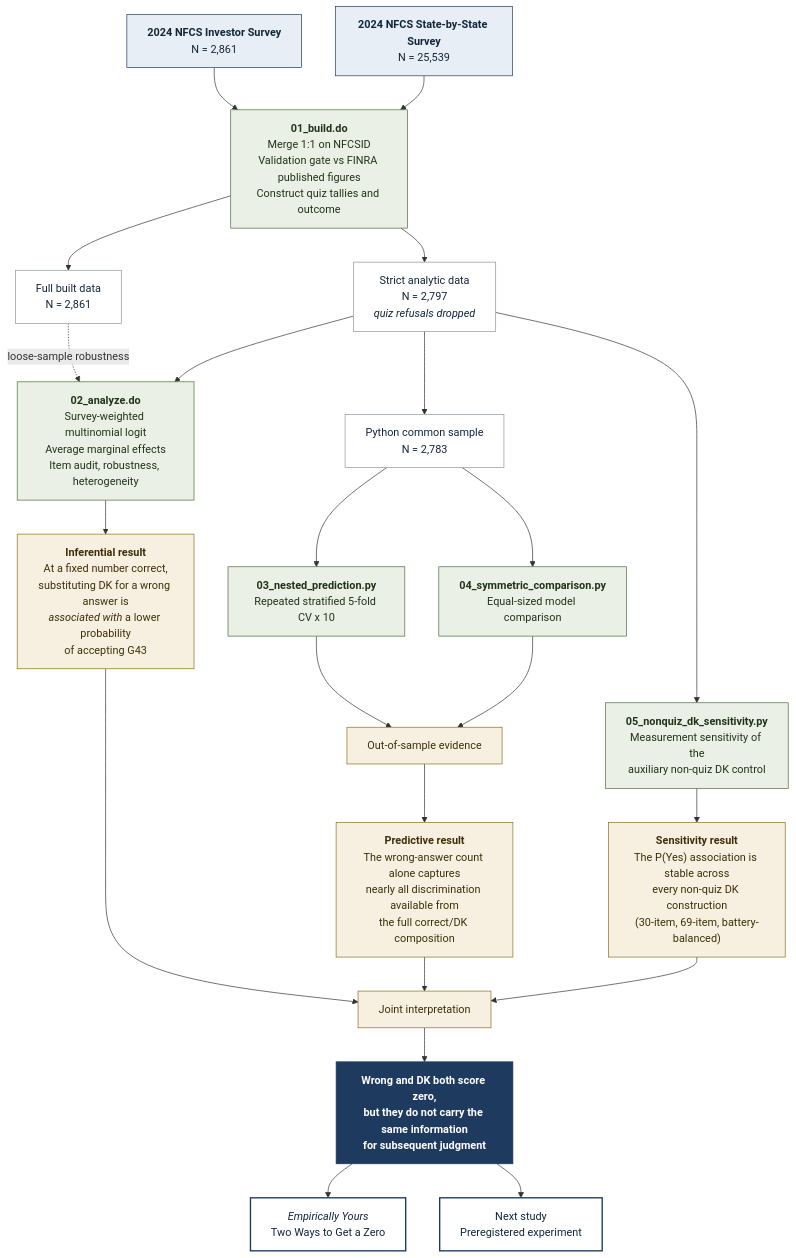
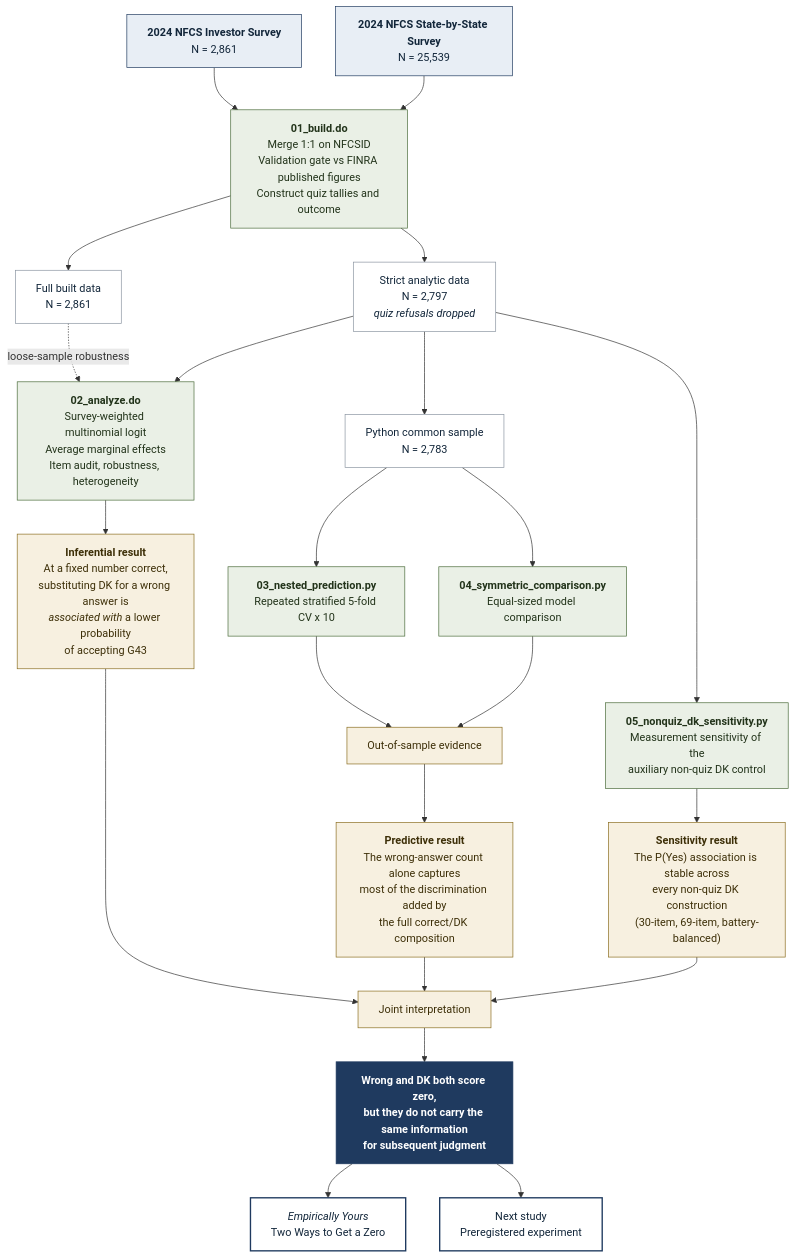
One commit to household-finance-lab/project-01 changed the diagram in README.md. Above: the diagram before and after it, drawn with Mermaid. The commit also changed other lines of this file and 5 other files, not shown here.

````diff
--- a/README.md
+++ b/README.md
@@ -65,49 +65,49 @@
 ```mermaid
 flowchart TD
     A["<b>2024 NFCS Investor Survey</b><br/>N = 2,861"]
     B["<b>2024 NFCS State-by-State Survey</b><br/>N = 25,539"]
     C["<b>01_build.do</b><br/>Merge 1:1 on NFCSID<br/>Validation gate vs FINRA published figures<br/>Construct quiz tallies and outcome"]
 
     A --> C
     B --> C
 
     C --> D["Full built data<br/>N = 2,861"]
     C --> E["Strict analytic data<br/>N = 2,797<br/><i>quiz refusals dropped</i>"]
 
     D -.->|loose-sample robustness| F
     E --> F["<b>02_analyze.do</b><br/>Survey-weighted multinomial logit<br/>Average marginal effects<br/>Item audit, robustness, heterogeneity"]
     E --> G["Python common sample<br/>N = 2,783"]
     E --> H["<b>05_nonquiz_dk_sensitivity.py</b><br/>Measurement sensitivity of the<br/>auxiliary non-quiz DK control"]
 
     G --> I["<b>03_nested_prediction.py</b><br/>Repeated stratified 5-fold CV x 10"]
     G --> J["<b>04_symmetric_comparison.py</b><br/>Equal-sized model comparison"]
 
     F --> K["<b>Inferential result</b><br/>At a fixed number correct,<br/>substituting DK for a wrong answer is<br/><i>associated with</i> a lower probability<br/>of accepting G43"]
     I --> L["Out-of-sample evidence"]
     J --> L
-    L --> M["<b>Predictive result</b><br/>The wrong-answer count alone captures<br/>nearly all discrimination available from<br/>the full correct/DK composition"]
+    L --> M["<b>Predictive result</b><br/>The wrong-answer count alone captures<br/>most of the discrimination added by<br/>the full correct/DK composition"]
     H --> N["<b>Sensitivity result</b><br/>The P(Yes) association is stable across<br/>every non-quiz DK construction<br/>(30-item, 69-item, battery-balanced)"]
 
     K --> O["Joint interpretation"]
     M --> O
     N --> O
 
     O --> P["<b>Wrong and DK both score zero,<br/>but they do not carry the same information<br/>for subsequent judgment</b>"]
 
     P --> Q["<i>Empirically Yours</i><br/>Two Ways to Get a Zero"]
     P --> R["Next study<br/>Preregistered experiment"]
 
     classDef source fill:#e8eef5,stroke:#1f3a5f,stroke-width:1px,color:#12263a
     classDef code fill:#eaf0e6,stroke:#4a6b3a,stroke-width:1px,color:#22331a
     classDef data fill:#ffffff,stroke:#8a94a0,stroke-width:1px,color:#12263a
     classDef result fill:#f7f0e0,stroke:#8a6d1f,stroke-width:1px,color:#3d2f08
     classDef headline fill:#1f3a5f,stroke:#1f3a5f,stroke-width:1px,color:#ffffff
     classDef output fill:#ffffff,stroke:#1f3a5f,stroke-width:2px,color:#12263a
 
     class A,B source
     class C,F,H,I,J code
     class D,E,G data
     class K,L,M,N,O result
     class P headline
     class Q,R output
 ```
````
